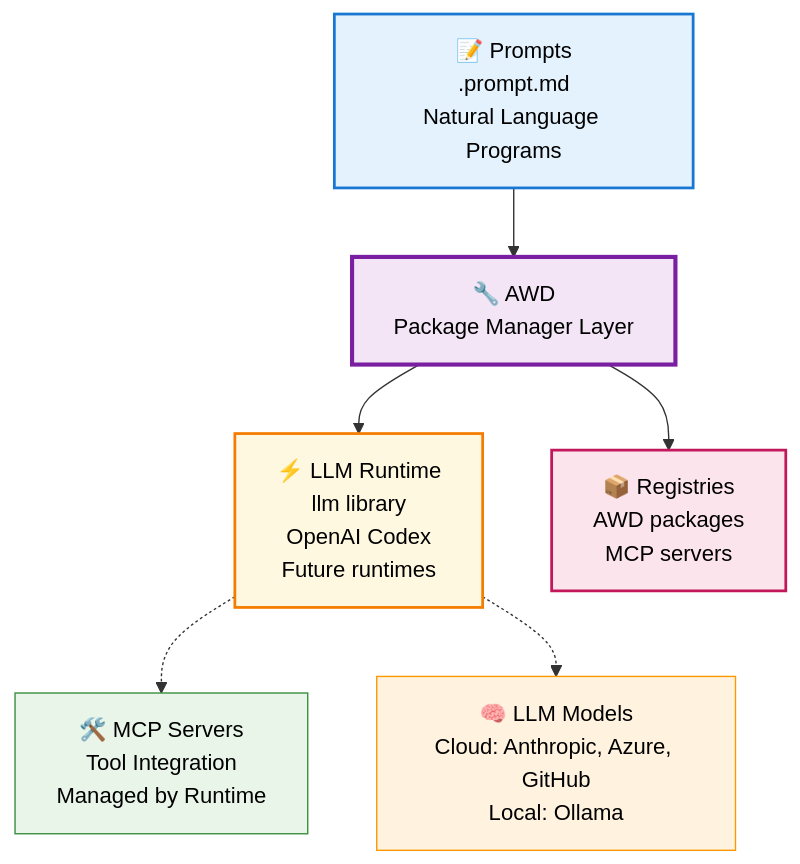
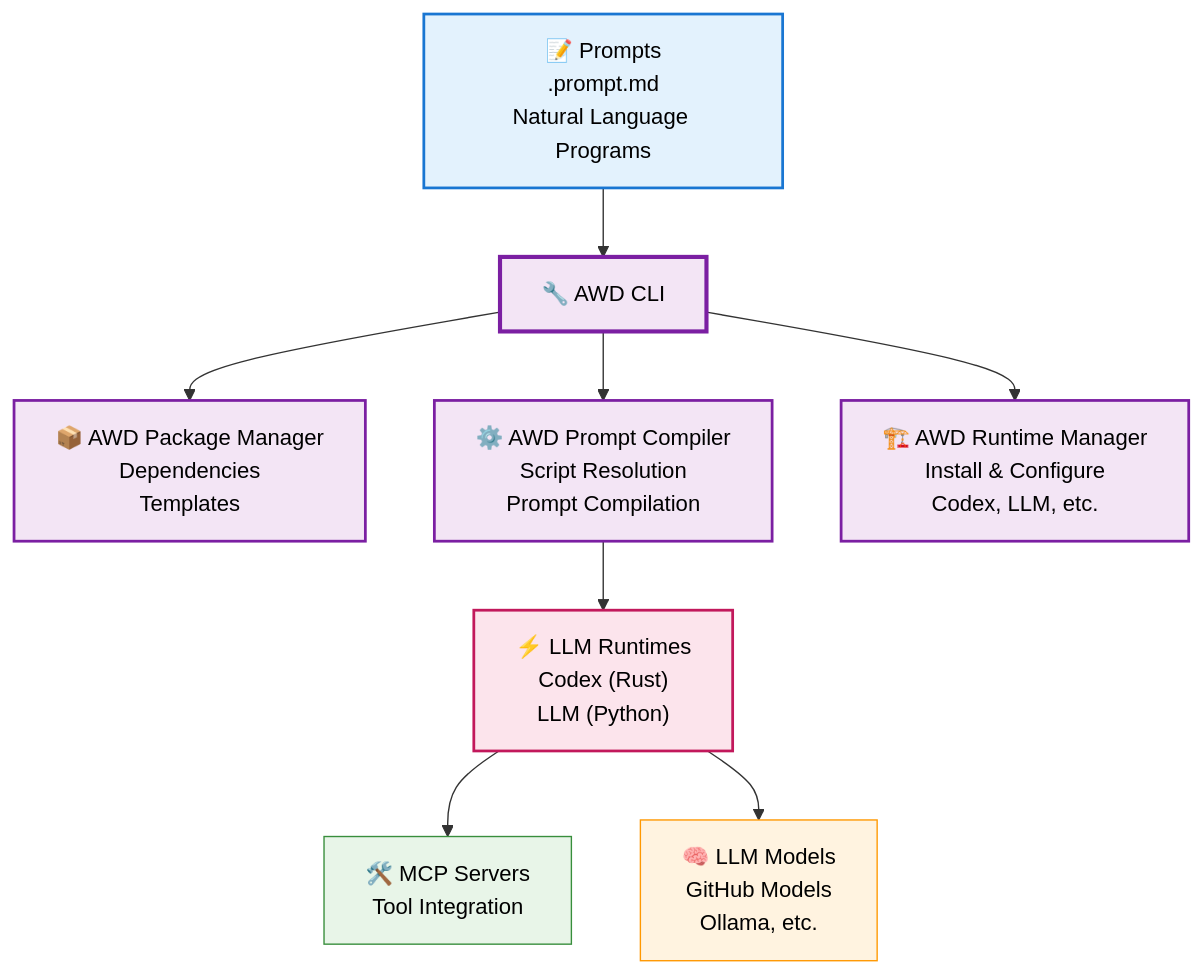
Before and after one commit to danielmeppiel/apm-cli: the diagram in README.md, drawn with Mermaid. The commit also changed other lines of this file and 3 other files, not shown here.

Commit message:
docs: update README, CLI reference, and prompts documentation for improved clarity and consistency; enhance script management and execution instructions

````diff
--- a/README.md
+++ b/README.md
@@ -185,16 +185,22 @@
 ```mermaid
 graph TD
-    A["📝 Prompts<br/>.prompt.md<br/>Natural Language Programs"] --> B["🔧 AWD<br/>Package Manager Layer"]
-    B --> D["⚡ LLM Runtime<br/>llm library<br/>OpenAI Codex<br/>Future runtimes"]
-    B --> E["📦 Registries<br/>AWD packages<br/>MCP servers"]
+    A["📝 Prompts<br/>.prompt.md<br/>Natural Language Programs"] --> B["🔧 AWD CLI"]
     
-    D -.-> F["🛠️ MCP Servers<br/>Tool Integration<br/>Managed by Runtime"]
-    D -.-> G["🧠 LLM Models<br/>Cloud: Anthropic, Azure, GitHub<br/>Local: Ollama"]
+    B --> D["📦 AWD Package Manager<br/>Dependencies<br/>Templates"]
+    B --> C["⚙️ AWD Prompt Compiler<br/>Script Resolution<br/>Prompt Compilation"]
+    B --> E["🏗️ AWD Runtime Manager<br/>Install & Configure<br/>Codex, LLM, etc."]
+    
+    C --> F["⚡ LLM Runtimes<br/>Codex (Rust)<br/>LLM (Python)"]
+    
+    F --> G["🛠️ MCP Servers<br/>Tool Integration"]
+    F --> H["🧠 LLM Models<br/>GitHub Models<br/>Ollama, etc."]
     
     style A fill:#e3f2fd,stroke:#1976d2,stroke-width:2px,color:#000
     style B fill:#f3e5f5,stroke:#7b1fa2,stroke-width:3px,color:#000
-    style D fill:#fff8e1,stroke:#f57c00,stroke-width:2px,color:#000
-    style E fill:#fce4ec,stroke:#c2185b,stroke-width:2px,color:#000
-    style F fill:#e8f5e8,stroke:#388e3c,stroke-width:1px,color:#000
-    style G fill:#fff3e0,stroke:#ff9800,stroke-width:1px,color:#000
+    style C fill:#f3e5f5,stroke:#7b1fa2,stroke-width:2px,color:#000
+    style D fill:#f3e5f5,stroke:#7b1fa2,stroke-width:2px,color:#000
+    style E fill:#f3e5f5,stroke:#7b1fa2,stroke-width:2px,color:#000
+    style F fill:#fce4ec,stroke:#c2185b,stroke-width:2px,color:#000
+    style G fill:#e8f5e8,stroke:#388e3c,stroke-width:1px,color:#000
+    style H fill:#fff3e0,stroke:#ff9800,stroke-width:1px,color:#000
 ```
````
